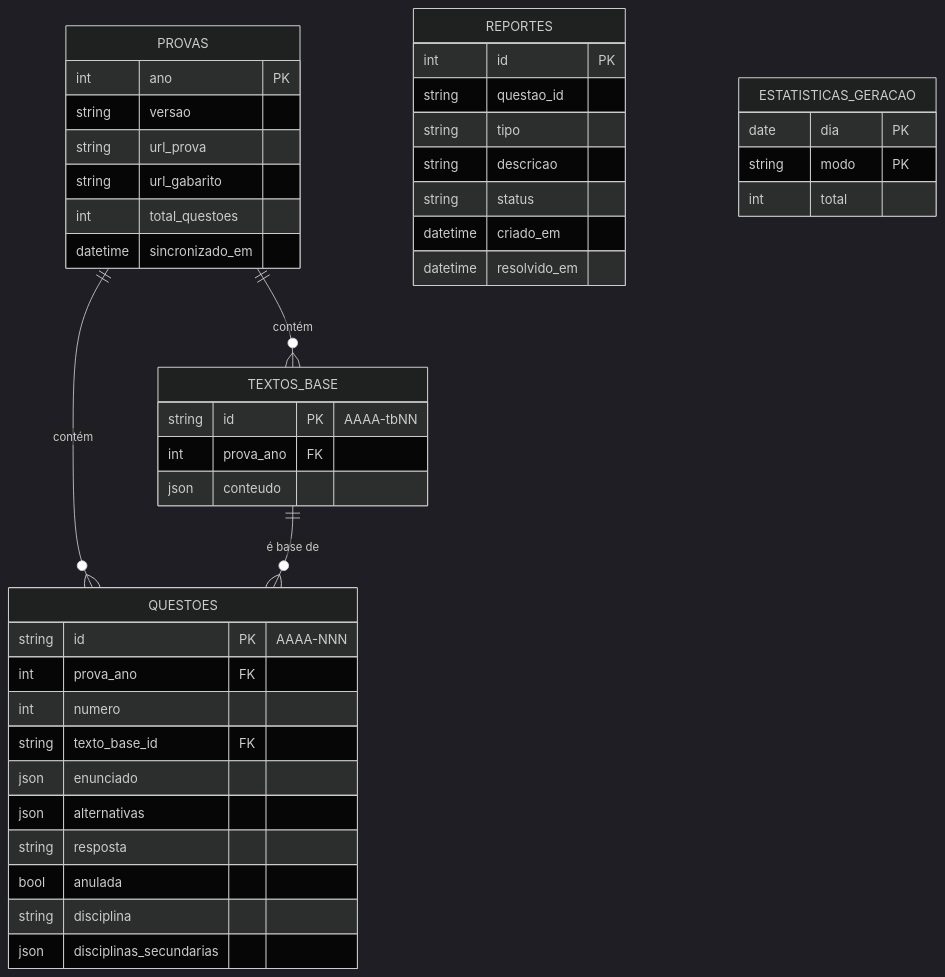
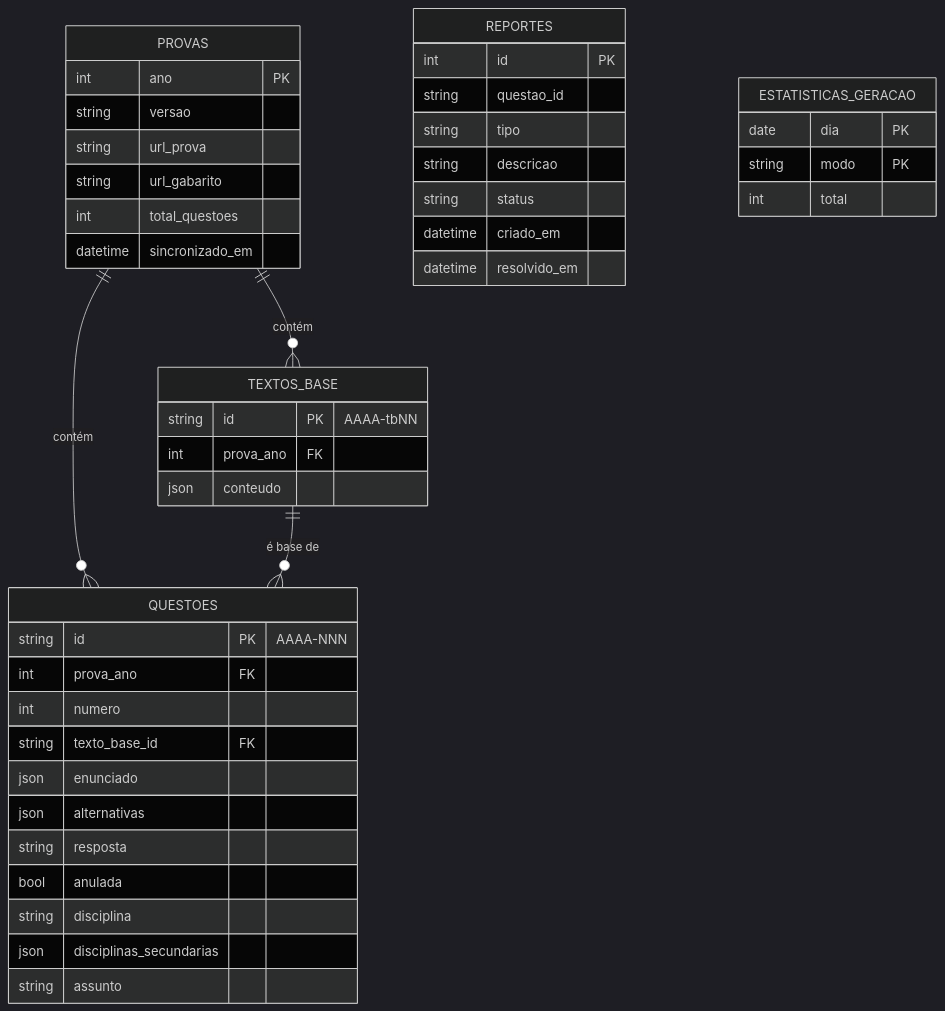
One commit to RafaelPeixoto01/simulado-fuvest changed the third of 4 diagrams in docs/02-ARCHITECTURE.md. Above: the diagram before and after it, drawn with Mermaid (dark theme). The commit also changed other lines of this file and 10 other files, not shown here.

````diff
--- a/docs/02-ARCHITECTURE.md
+++ b/docs/02-ARCHITECTURE.md
@@ -159,45 +161,46 @@
 ```mermaid
 erDiagram
     PROVAS {
         int ano PK
         string versao
         string url_prova
         string url_gabarito
         int total_questoes
         datetime sincronizado_em
     }
     TEXTOS_BASE {
         string id PK "AAAA-tbNN"
         int prova_ano FK
         json conteudo
     }
     QUESTOES {
         string id PK "AAAA-NNN"
         int prova_ano FK
         int numero
         string texto_base_id FK
         json enunciado
         json alternativas
         string resposta
         bool anulada
         string disciplina
         json disciplinas_secundarias
+        string assunto
     }
     REPORTES {
         int id PK
         string questao_id
         string tipo
         string descricao
         string status
         datetime criado_em
         datetime resolvido_em
     }
     ESTATISTICAS_GERACAO {
         date dia PK
         string modo PK
         int total
     }
     PROVAS ||--o{ QUESTOES : "contém"
     PROVAS ||--o{ TEXTOS_BASE : "contém"
     TEXTOS_BASE ||--o{ QUESTOES : "é base de"
 ```
````
